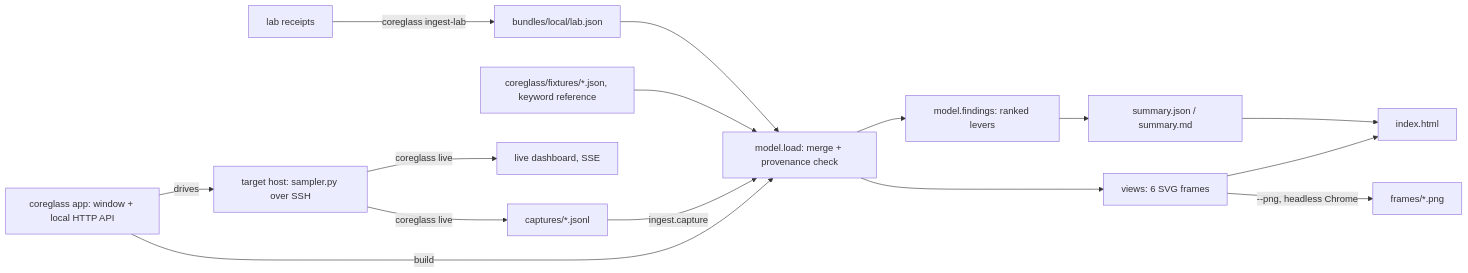
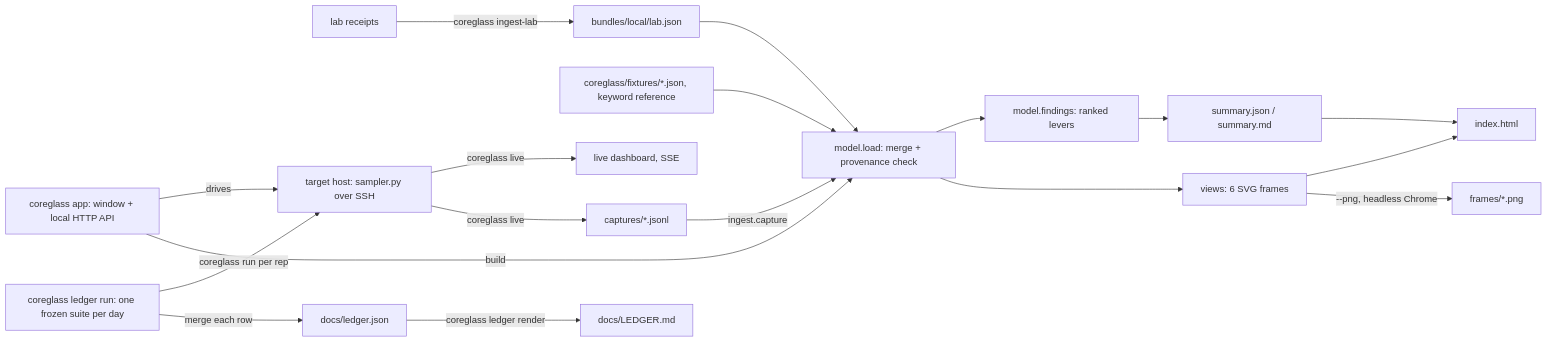
One commit to joshuaswarren/coreglass changed the diagram in docs/DESIGN.md. Above: the diagram before and after it, drawn with Mermaid. The commit also changed other lines of this file, not shown here.

Commit message:
DESIGN: document the capture frame, summary, ledger flow, live and run flags, and two app routes

````diff
--- a/docs/DESIGN.md
+++ b/docs/DESIGN.md
@@ -40,17 +40,20 @@
 ```mermaid
 flowchart LR
   N[lab receipts] -->|coreglass ingest-lab| L[bundles/local/lab.json]
   F[coreglass/fixtures/*.json, keyword reference] --> M
   G[coreglass app: window + local HTTP API] -->|drives| T
   G -->|build| M
   T[target host: sampler.py over SSH] -->|coreglass live| D[live dashboard, SSE]
+  Z[coreglass ledger run: one frozen suite per day] -->|coreglass run per rep| T
+  Z -->|merge each row| J[docs/ledger.json]
+  J -->|coreglass ledger render| Y[docs/LEDGER.md]
   T -->|coreglass live| C[captures/*.jsonl]
   C -->|ingest.capture| M
   L --> M[model.load: merge + provenance check]
   M --> A[model.findings: ranked levers]
   M --> V[views: 6 SVG frames]
   A --> S[summary.json / summary.md]
   V --> H[index.html]
   S --> H
   V -->|--png, headless Chrome| P[frames/*.png]
 ```
````
